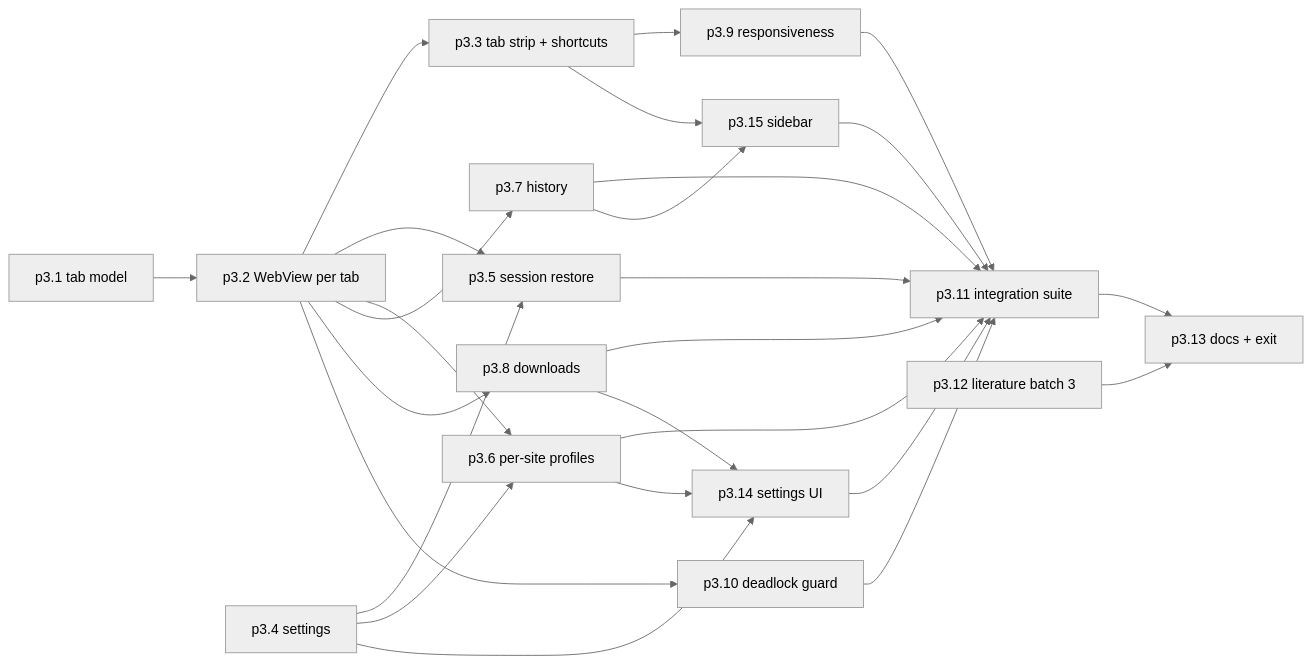
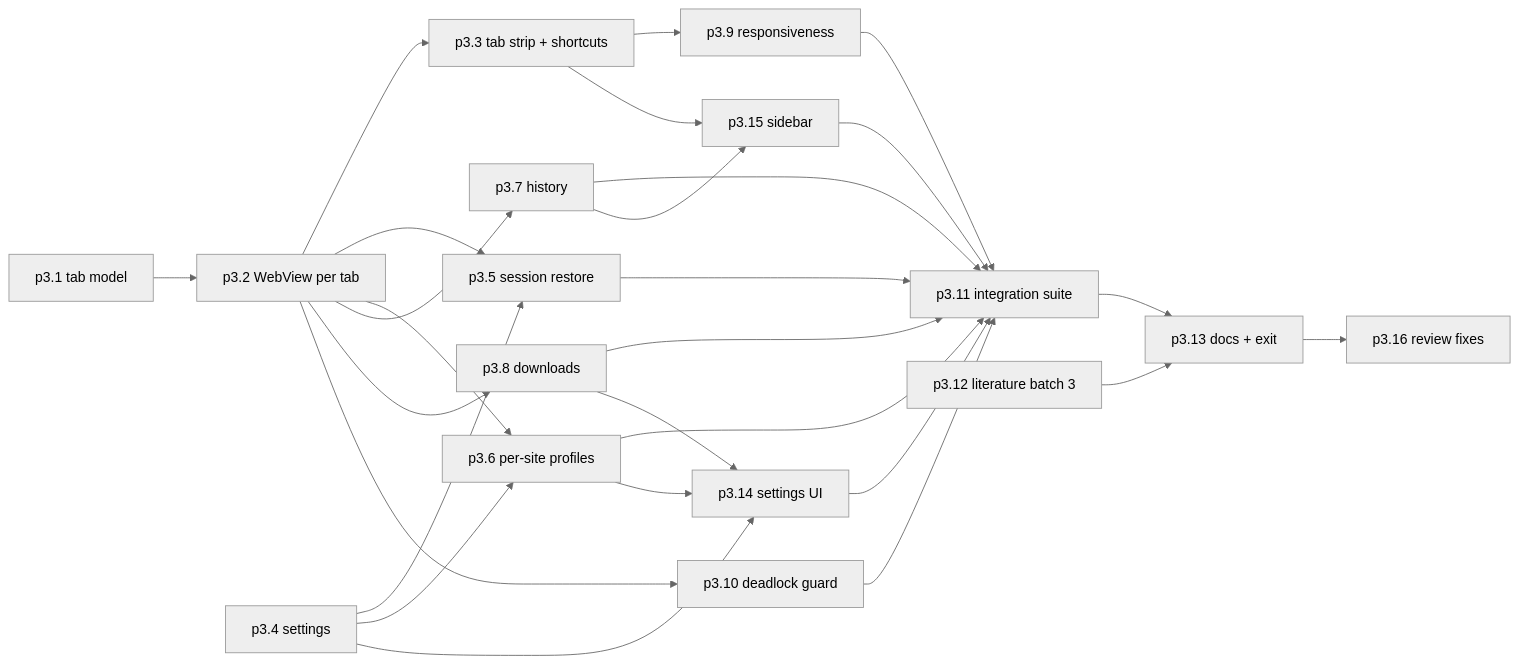
Before and after one commit to VarunOjha/nurav-ferrum: the diagram in wiki/phases/phase-p3-tabs-sessions.md, drawn with Mermaid (neutral theme). The commit also changed other lines of this file and 26 other files, not shown here.

````diff
--- a/wiki/phases/phase-p3-tabs-sessions.md
+++ b/wiki/phases/phase-p3-tabs-sessions.md
@@ -149,28 +152,29 @@
 ```mermaid
 flowchart LR
   p3_1["p3.1 tab model"] --> p3_2["p3.2 WebView per tab"]
   p3_2 --> p3_3["p3.3 tab strip + shortcuts"]
   p3_4["p3.4 settings"] --> p3_5["p3.5 session restore"]
   p3_2 --> p3_5
   p3_2 --> p3_6["p3.6 per-site profiles"]
   p3_4 --> p3_6
   p3_2 --> p3_7["p3.7 history"]
   p3_2 --> p3_8["p3.8 downloads"]
   p3_3 --> p3_9["p3.9 responsiveness"]
   p3_2 --> p3_10["p3.10 deadlock guard"]
   p3_5 --> p3_11["p3.11 integration suite"]
   p3_6 --> p3_11
   p3_7 --> p3_11
   p3_8 --> p3_11
   p3_9 --> p3_11
   p3_4 --> p3_14["p3.14 settings UI"]
   p3_6 --> p3_14
   p3_8 --> p3_14
   p3_3 --> p3_15["p3.15 sidebar"]
   p3_7 --> p3_15
   p3_14 --> p3_11
   p3_15 --> p3_11
   p3_10 --> p3_11
   p3_11 --> p3_13["p3.13 docs + exit"]
+  p3_13 --> p3_16["p3.16 review fixes"]
   p3_12["p3.12 literature batch 3"] --> p3_13
 ```
````
